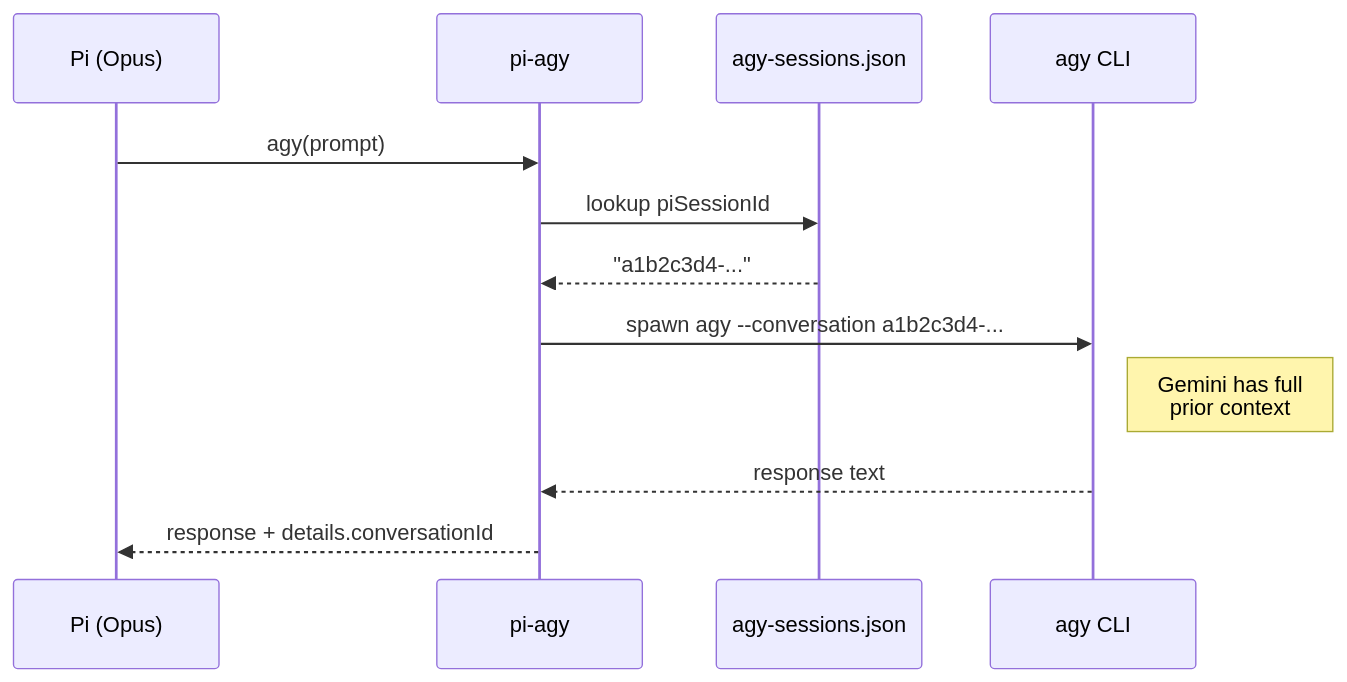
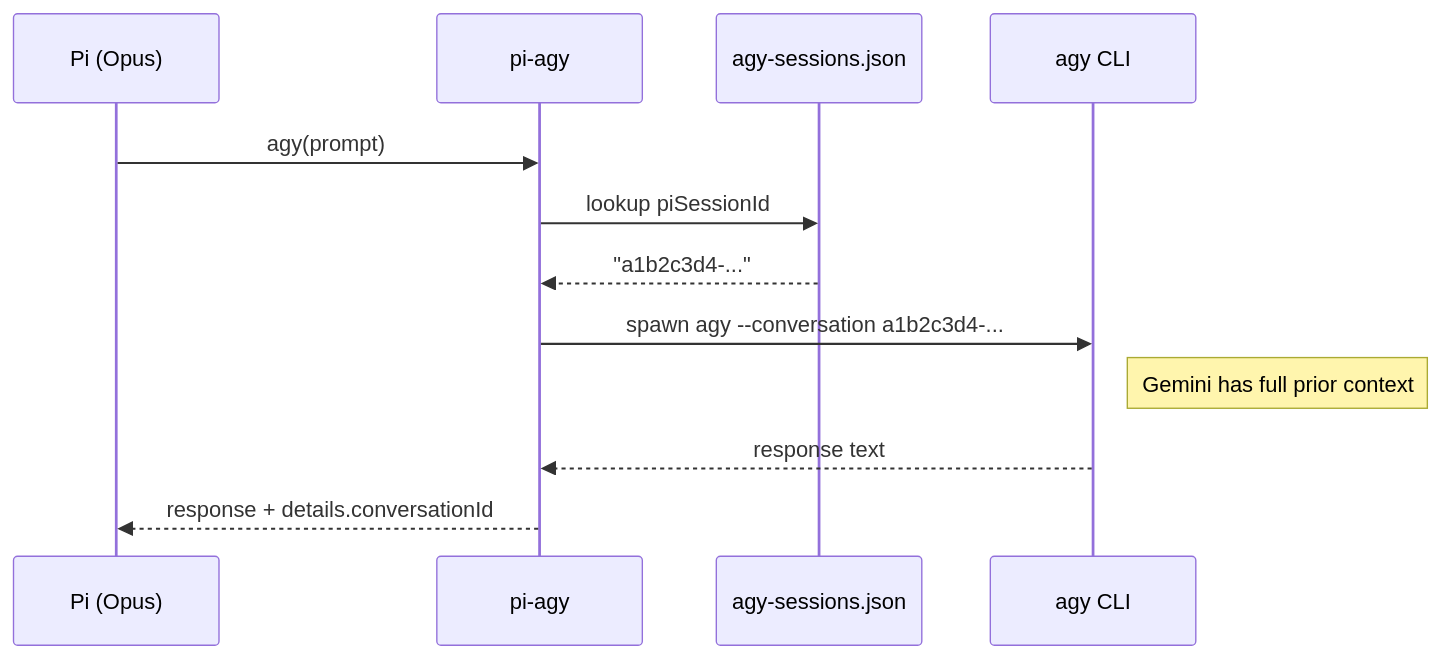
Before and after one commit to jetnet/pi-agy: the third of 3 diagrams in README.md, drawn with Mermaid.

Commit message:
fix: remove <br/> from mermaid chart causing parse error

````diff
--- a/README.md
+++ b/README.md
@@ -176,15 +176,15 @@
 ```mermaid
 sequenceDiagram
     participant Pi as Pi (Opus)
     participant Ext as pi-agy
     participant Map as agy-sessions.json
     participant Agy as agy CLI
 
     Pi->>Ext: agy(prompt)
     Ext->>Map: lookup piSessionId
     Map-->>Ext: "a1b2c3d4-..."
     Ext->>Agy: spawn agy --conversation a1b2c3d4-...
-    Note right of Agy: Gemini has full<br/>prior context
+    Note right of Agy: Gemini has full prior context
     Agy-->>Ext: response text
     Ext-->>Pi: response + details.conversationId
 ```
````
